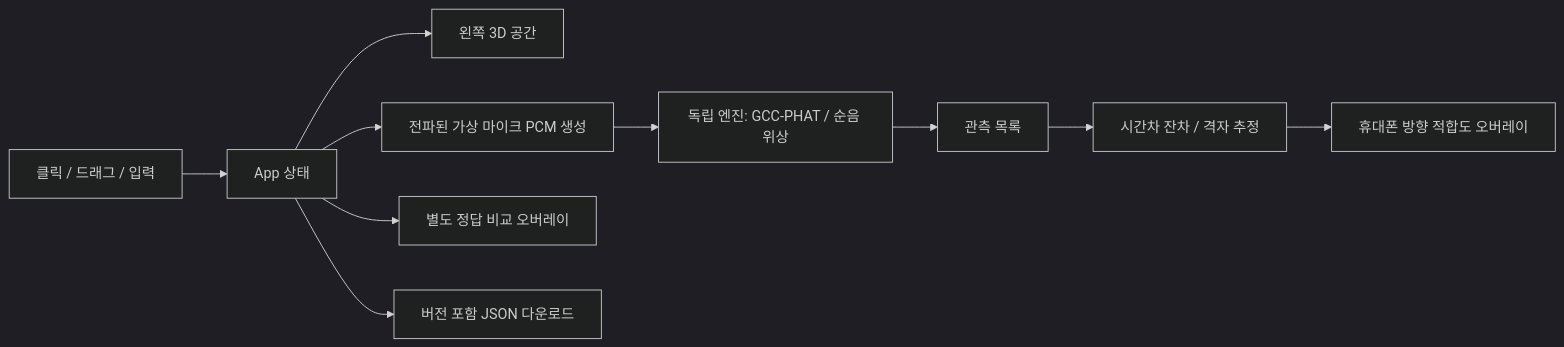
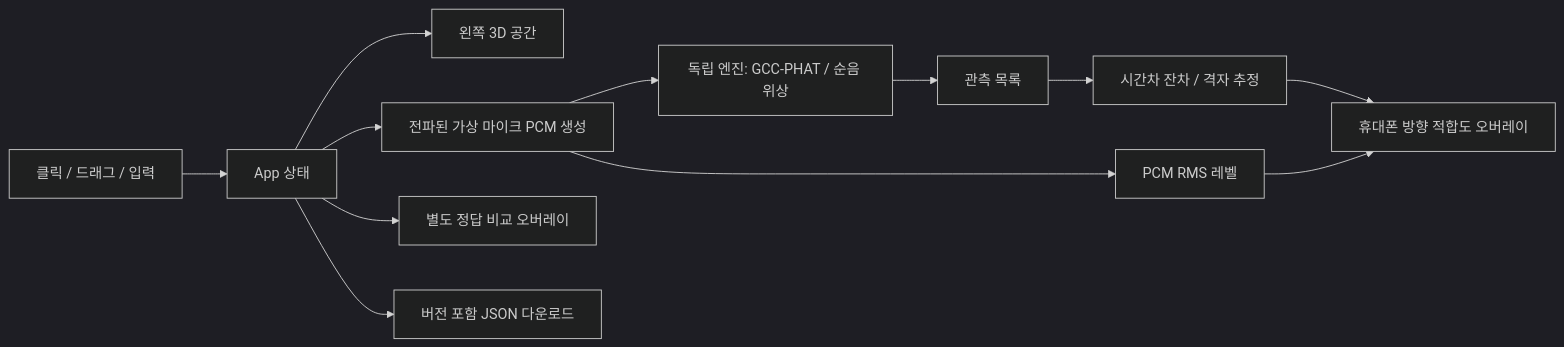
One commit to doroper98/sound_detection changed the diagram in docs_canonical/ARCHITECTURE.md. Above: the diagram before and after it, drawn with Mermaid (dark theme). The commit also changed other lines of this file and 26 other files, not shown here.

````diff
--- a/docs_canonical/ARCHITECTURE.md
+++ b/docs_canonical/ARCHITECTURE.md
@@ -16,12 +16,14 @@
 ```mermaid
 flowchart LR
     Input[클릭 / 드래그 / 입력] --> State[App 상태]
     State --> Room[왼쪽 3D 공간]
     State --> Synthesis[전파된 가상 마이크 PCM 생성]
     Synthesis --> DSP[독립 엔진: GCC-PHAT / 순음 위상]
     DSP --> Observations[관측 목록]
     Observations --> Estimator[시간차 잔차 / 격자 추정]
     Estimator --> Heat[휴대폰 방향 적합도 오버레이]
+    Synthesis --> Level[PCM RMS 레벨]
+    Level --> Heat
     State --> Pressure[별도 정답 비교 오버레이]
     State --> Export[버전 포함 JSON 다운로드]
 ```
````
